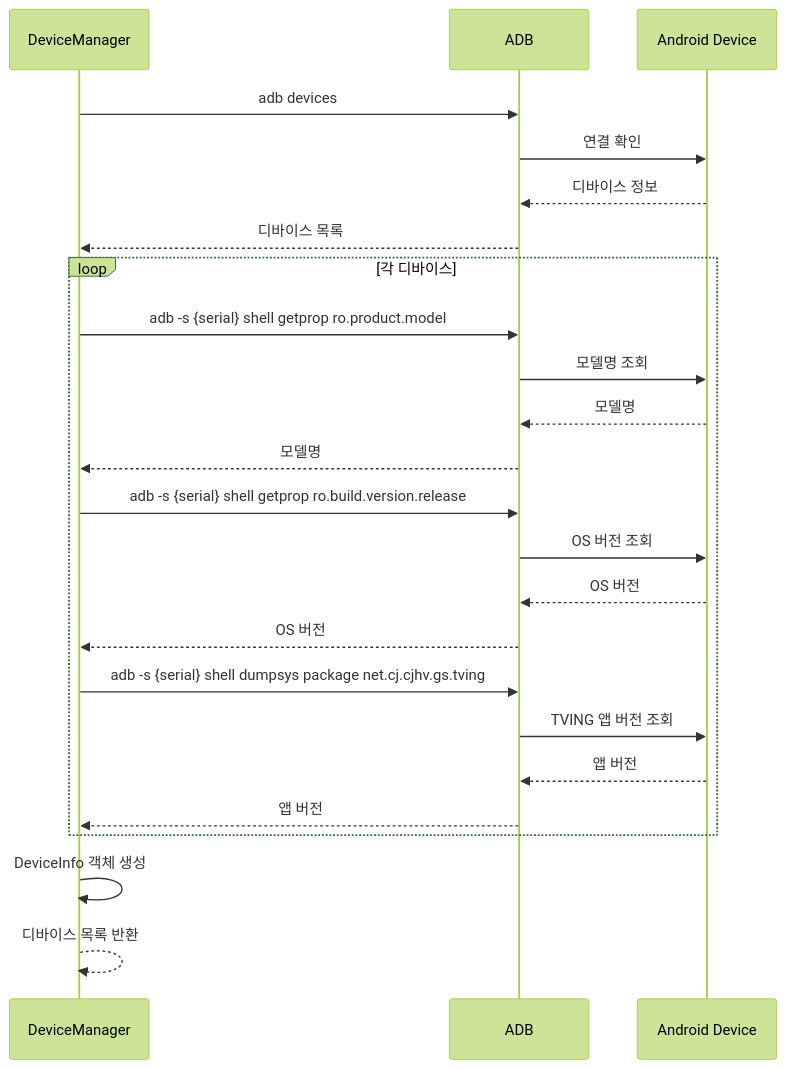
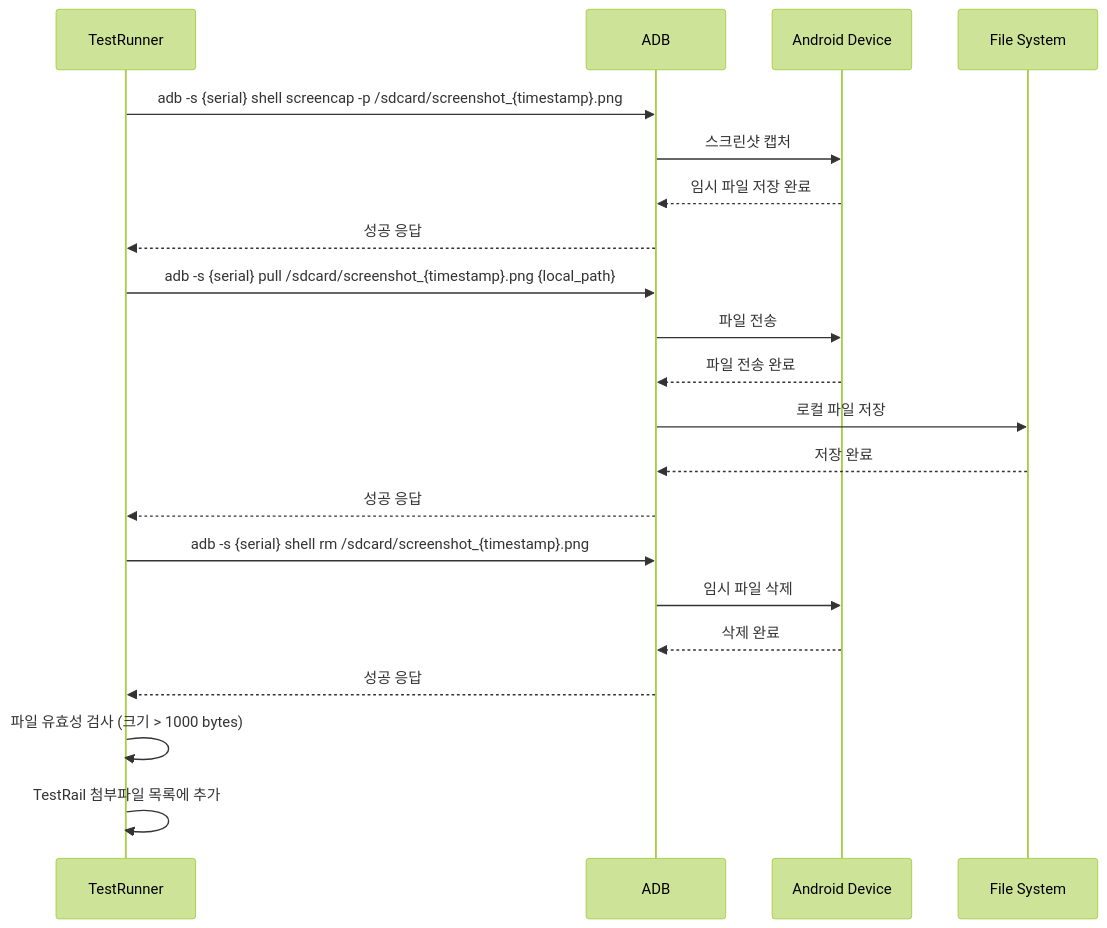
The second of 3 diagrams in ARCHITECTURE_COMPLIANCE.md (junyong-song1/maestro_qa_test), drawn with Mermaid (forest theme) before and after one commit. The commit also changed other lines of this file and 4 other files, not shown here.

````diff
--- a/ARCHITECTURE_COMPLIANCE.md
+++ b/ARCHITECTURE_COMPLIANCE.md
@@ -151,31 +166,27 @@
 ```mermaid
 sequenceDiagram
-    participant DM as DeviceManager
+    participant TR as TestRunner
     participant ADB as ADB
     participant Device as Android Device
+    participant FS as File System
 
-    DM->>ADB: adb devices
-    ADB->>Device: 연결 확인
-    Device-->>ADB: 디바이스 정보
-    ADB-->>DM: 디바이스 목록
+    TR->>ADB: adb -s {serial} shell screencap -p /sdcard/screenshot_{timestamp}.png
+    ADB->>Device: 스크린샷 캡처
+    Device-->>ADB: 임시 파일 저장 완료
+    ADB-->>TR: 성공 응답
     
-    loop 각 디바이스
-        DM->>ADB: adb -s {serial} shell getprop ro.product.model
-        ADB->>Device: 모델명 조회
-        Device-->>ADB: 모델명
-        ADB-->>DM: 모델명
-        
-        DM->>ADB: adb -s {serial} shell getprop ro.build.version.release
-        ADB->>Device: OS 버전 조회
-        Device-->>ADB: OS 버전
-        ADB-->>DM: OS 버전
-        
-        DM->>ADB: adb -s {serial} shell dumpsys package net.cj.cjhv.gs.tving
-        ADB->>Device: TVING 앱 버전 조회
-        Device-->>ADB: 앱 버전
-        ADB-->>DM: 앱 버전
-    end
+    TR->>ADB: adb -s {serial} pull /sdcard/screenshot_{timestamp}.png {local_path}
+    ADB->>Device: 파일 전송
+    Device-->>ADB: 파일 전송 완료
+    ADB->>FS: 로컬 파일 저장
+    FS-->>ADB: 저장 완료
+    ADB-->>TR: 성공 응답
     
-    DM->>DM: DeviceInfo 객체 생성
-    DM-->>DM: 디바이스 목록 반환
+    TR->>ADB: adb -s {serial} shell rm /sdcard/screenshot_{timestamp}.png
+    ADB->>Device: 임시 파일 삭제
+    Device-->>ADB: 삭제 완료
+    ADB-->>TR: 성공 응답
+    
+    TR->>TR: 파일 유효성 검사 (크기 > 1000 bytes)
+    TR->>TR: TestRail 첨부파일 목록에 추가
 ```
````
